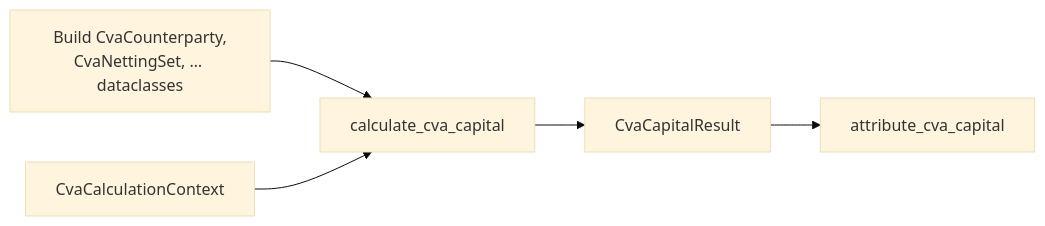
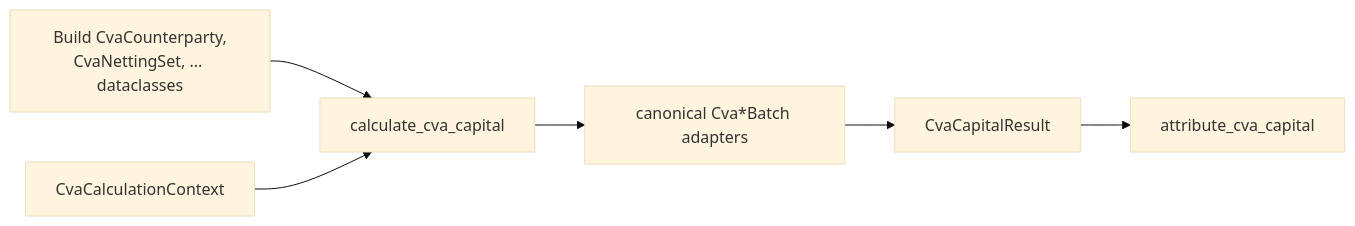
One commit to tomanizer/frtb-capital changed the third of 3 diagrams in packages/frtb-cva/docs/PACKAGE_JOURNEY.md. Above: the diagram before and after it, drawn with Mermaid (base theme). The commit also changed other lines of this file and 6 other files, not shown here.

First line of the commit message:
Trim CVA public surface after batch consolidation (#756)

````diff
--- a/packages/frtb-cva/docs/PACKAGE_JOURNEY.md
+++ b/packages/frtb-cva/docs/PACKAGE_JOURNEY.md
@@ -249,12 +250,13 @@
 ```mermaid
 flowchart LR
-  A["Build CvaCounterparty,\nCvaNettingSet, … dataclasses"]
+  A["Build CvaCounterparty,\nCvaNettingSet, ... dataclasses"]
   B["CvaCalculationContext"]
   C["calculate_cva_capital"]
+  X["canonical Cva*Batch adapters"]
   D["CvaCapitalResult"]
   E["attribute_cva_capital"]
 
   A --> C
   B --> C
-  C --> D --> E
+  C --> X --> D --> E
 ```
````
